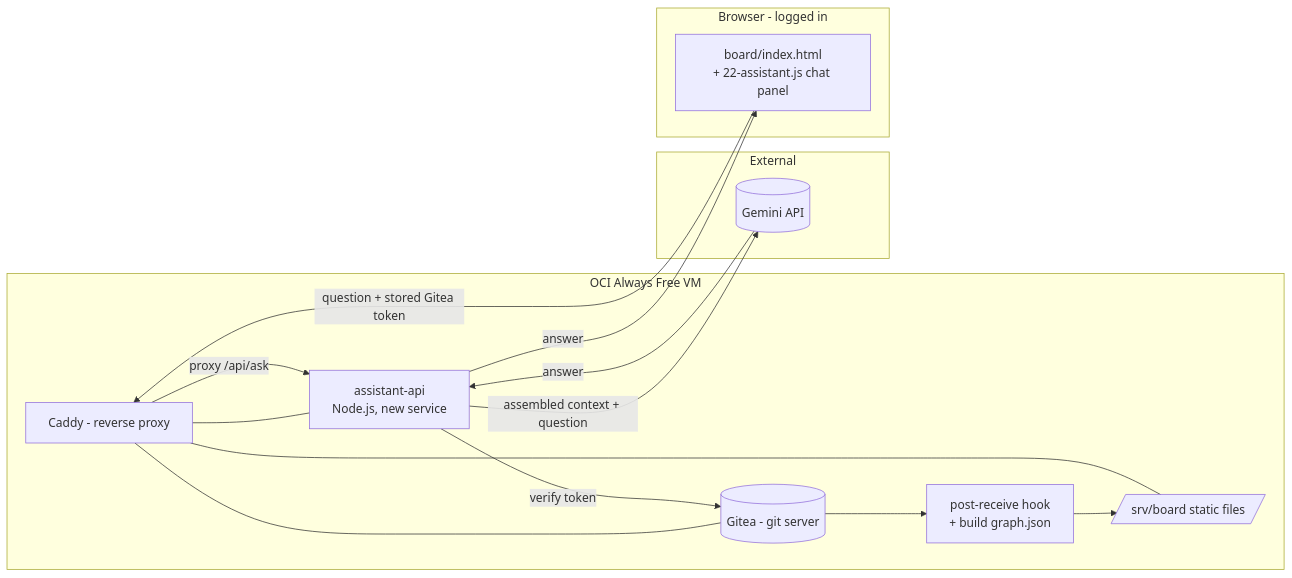
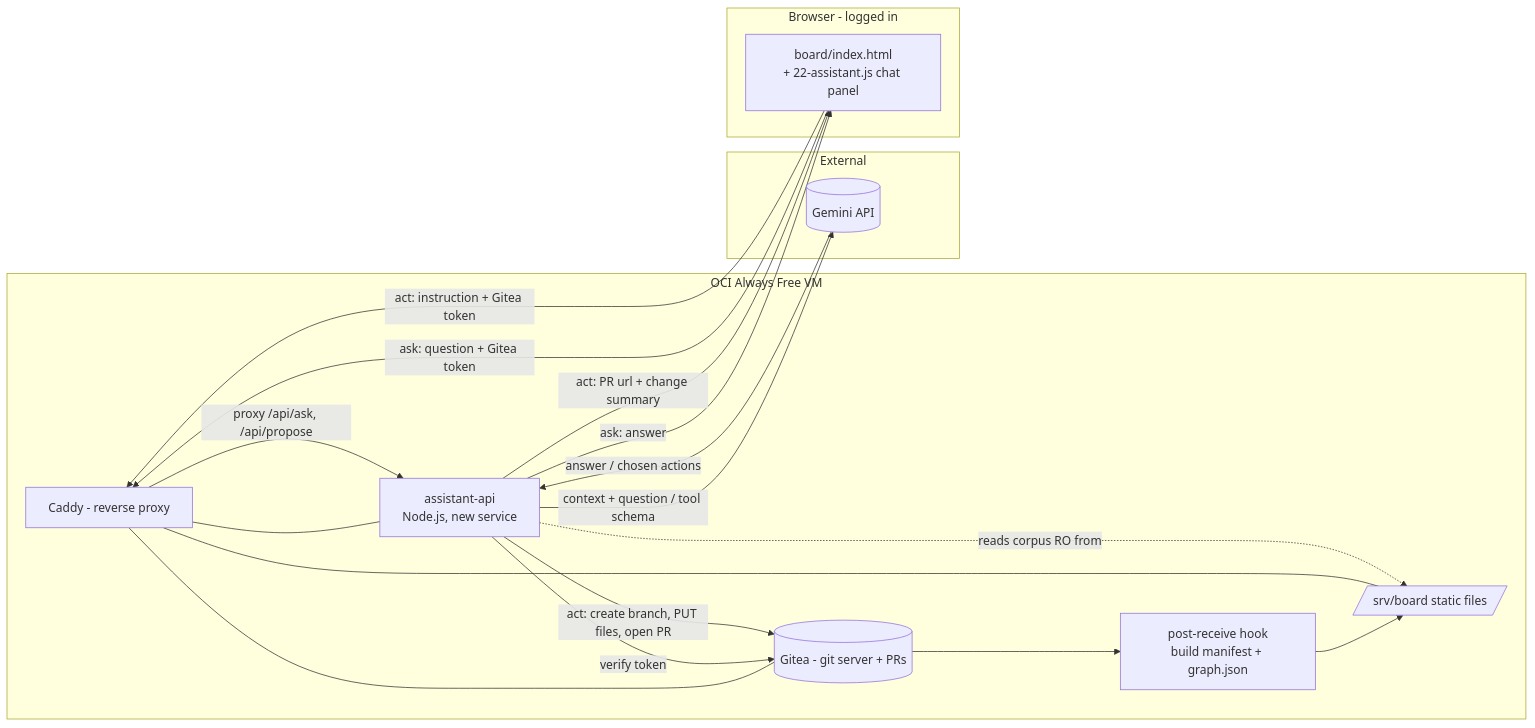
Before and after one commit to pmusachio/agile-board: the second of 2 diagrams in docs/PRD.md, drawn with Mermaid. The commit also changed other lines of this file and 14 other files, not shown here.

````diff
--- a/docs/PRD.md
+++ b/docs/PRD.md
@@ -349,29 +392,33 @@
 ```mermaid
 flowchart LR
   subgraph oci[OCI Always Free VM]
-    G[(Gitea - git server)]
-    H[post-receive hook<br/>+ build graph.json]
+    G[(Gitea - git server + PRs)]
+    H[post-receive hook<br/>build manifest + graph.json]
     S[/srv/board static files/]
     C[Caddy - reverse proxy]
     Asst[assistant-api<br/>Node.js, new service]
     G --> H --> S
     C --- S
     C --- G
     C --- Asst
+    Asst -. reads corpus RO from .-> S
   end
 
   subgraph ext[External]
     Gem[(Gemini API)]
   end
 
   subgraph viewer[Browser - logged in]
     V[board/index.html<br/>+ 22-assistant.js chat panel]
   end
 
-  V -->|question + stored Gitea token| C
-  C -->|proxy /api/ask| Asst
+  V -->|ask: question + Gitea token| C
+  V -->|act: instruction + Gitea token| C
+  C -->|proxy /api/ask, /api/propose| Asst
   Asst -->|verify token| G
-  Asst -->|assembled context + question| Gem
-  Gem -->|answer| Asst
-  Asst -->|answer| V
+  Asst -->|context + question / tool schema| Gem
+  Gem -->|answer / chosen actions| Asst
+  Asst -->|ask: answer| V
+  Asst -->|act: create branch, PUT files, open PR| G
+  Asst -->|act: PR url + change summary| V
 ```
````
